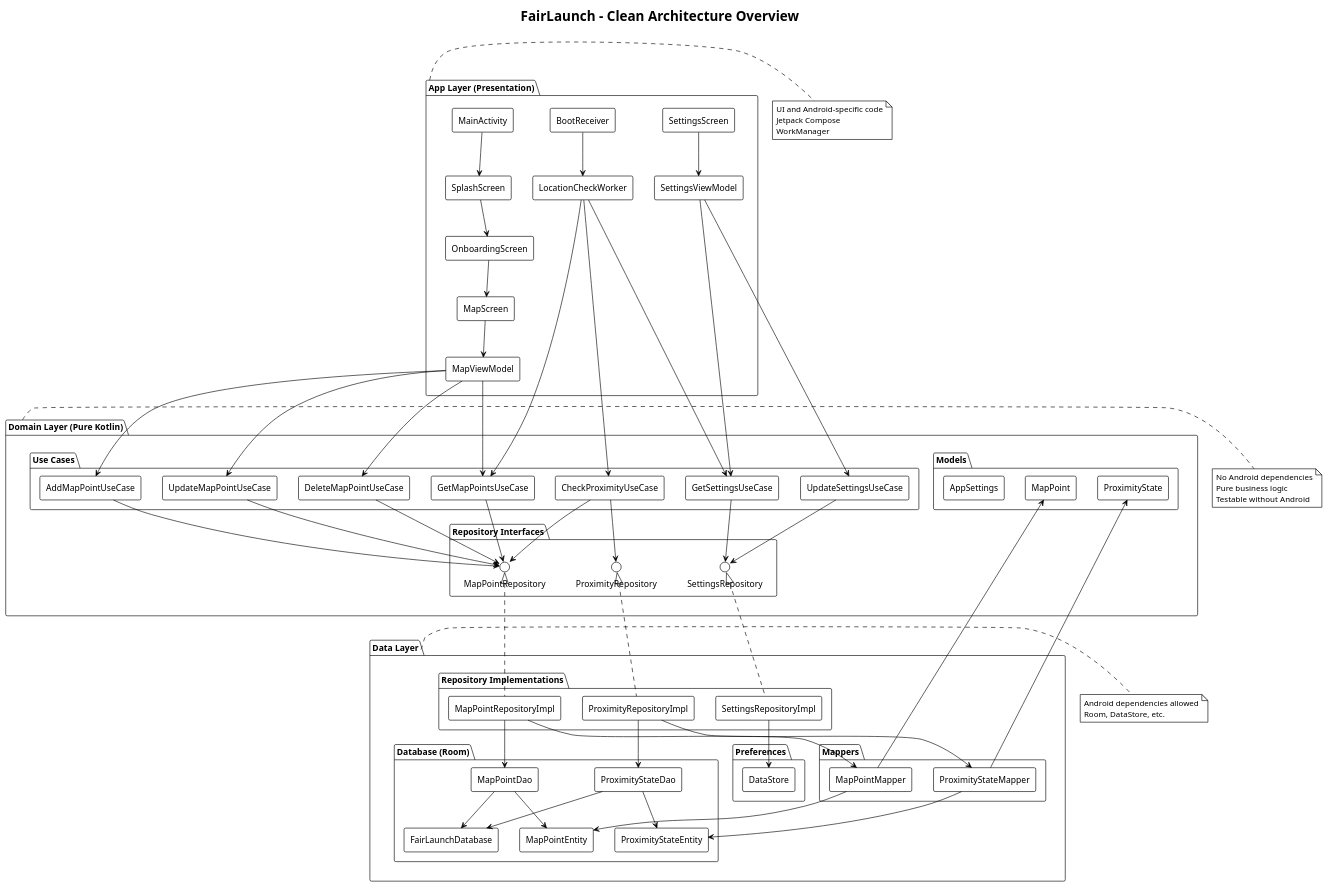
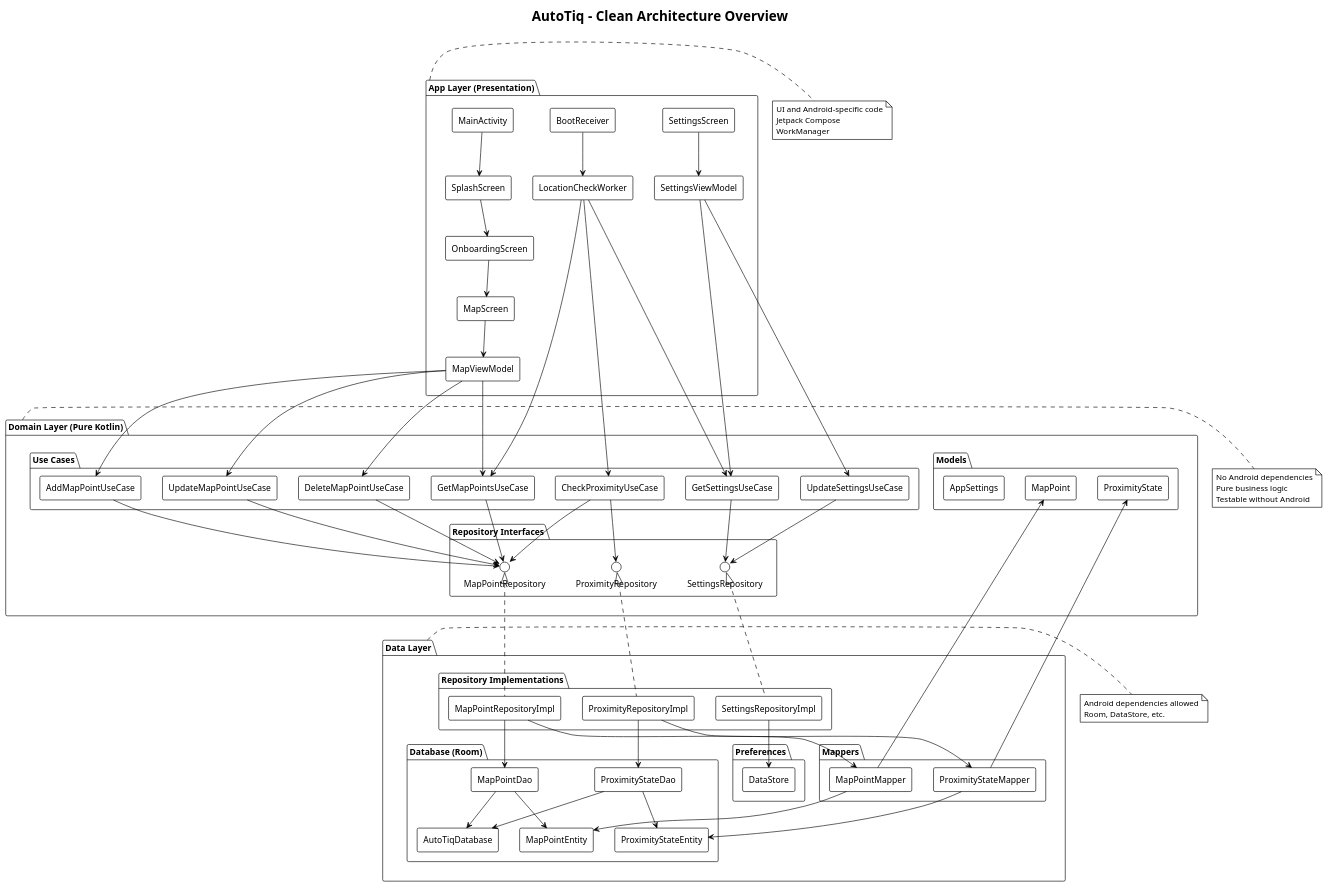
The diagram in docs/architecture-overview.puml (harzoglups/FairLaunch), drawn with PlantUML before and after one commit. The commit also changed 123 other files, not shown here.

First line of the commit message:
refactor: rename app from FairLaunch to AutoTiq with package com.cussou.autotiq

```diff
--- a/docs/architecture-overview.puml
+++ b/docs/architecture-overview.puml
@@ -1,142 +1,142 @@
-@startuml FairLaunch-Architecture-Overview
+@startuml AutoTiq-Architecture-Overview
 !theme plain
 skinparam backgroundColor #FFFFFF
 skinparam componentStyle rectangle
 
-title FairLaunch - Clean Architecture Overview
+title AutoTiq - Clean Architecture Overview
 
 package "App Layer (Presentation)" {
   [MainActivity]
   [SplashScreen]
   [OnboardingScreen]
   [MapScreen]
   [SettingsScreen]
   [MapViewModel]
   [SettingsViewModel]
   [LocationCheckWorker]
   [BootReceiver]
 }
 
 package "Domain Layer (Pure Kotlin)" {
   package "Use Cases" {
     [AddMapPointUseCase]
     [DeleteMapPointUseCase]
     [GetMapPointsUseCase]
     [UpdateMapPointUseCase]
     [CheckProximityUseCase]
     [GetSettingsUseCase]
     [UpdateSettingsUseCase]
   }
   
   package "Models" {
     [MapPoint]
     [ProximityState]
     [AppSettings]
   }
   
   package "Repository Interfaces" {
     interface MapPointRepository
     interface ProximityRepository
     interface SettingsRepository
   }
 }
 
 package "Data Layer" {
   package "Repository Implementations" {
     [MapPointRepositoryImpl]
     [ProximityRepositoryImpl]
     [SettingsRepositoryImpl]
   }
   
   package "Database (Room)" {
-    [FairLaunchDatabase]
+    [AutoTiqDatabase]
     [MapPointDao]
     [ProximityStateDao]
     [MapPointEntity]
     [ProximityStateEntity]
   }
   
   package "Preferences" {
     [DataStore]
   }
   
   package "Mappers" {
     [MapPointMapper]
     [ProximityStateMapper]
   }
 }
 
 ' Relationships
 [MainActivity] --> [SplashScreen]
 [SplashScreen] --> [OnboardingScreen]
 [OnboardingScreen] --> [MapScreen]
 [MapScreen] --> [MapViewModel]
 [SettingsScreen] --> [SettingsViewModel]
 
 [MapViewModel] --> [GetMapPointsUseCase]
 [MapViewModel] --> [AddMapPointUseCase]
 [MapViewModel] --> [UpdateMapPointUseCase]
 [MapViewModel] --> [DeleteMapPointUseCase]
 
 [SettingsViewModel] --> [GetSettingsUseCase]
 [SettingsViewModel] --> [UpdateSettingsUseCase]
 
 [LocationCheckWorker] --> [GetMapPointsUseCase]
 [LocationCheckWorker] --> [CheckProximityUseCase]
 [LocationCheckWorker] --> [GetSettingsUseCase]
 
 [BootReceiver] --> [LocationCheckWorker]
 
 [GetMapPointsUseCase] --> MapPointRepository
 [AddMapPointUseCase] --> MapPointRepository
 [UpdateMapPointUseCase] --> MapPointRepository
 [DeleteMapPointUseCase] --> MapPointRepository
 
 [CheckProximityUseCase] --> MapPointRepository
 [CheckProximityUseCase] --> ProximityRepository
 
 [GetSettingsUseCase] --> SettingsRepository
 [UpdateSettingsUseCase] --> SettingsRepository
 
 MapPointRepository <|.. [MapPointRepositoryImpl]
 ProximityRepository <|.. [ProximityRepositoryImpl]
 SettingsRepository <|.. [SettingsRepositoryImpl]
 
 [MapPointRepositoryImpl] --> [MapPointDao]
 [MapPointRepositoryImpl] --> [MapPointMapper]
 
 [ProximityRepositoryImpl] --> [ProximityStateDao]
 [ProximityRepositoryImpl] --> [ProximityStateMapper]
 
 [SettingsRepositoryImpl] --> [DataStore]
 
-[MapPointDao] --> [FairLaunchDatabase]
-[ProximityStateDao] --> [FairLaunchDatabase]
+[MapPointDao] --> [AutoTiqDatabase]
+[ProximityStateDao] --> [AutoTiqDatabase]
 
 [MapPointDao] --> [MapPointEntity]
 [ProximityStateDao] --> [ProximityStateEntity]
 
 [MapPointMapper] --> [MapPoint]
 [MapPointMapper] --> [MapPointEntity]
 
 [ProximityStateMapper] --> [ProximityState]
 [ProximityStateMapper] --> [ProximityStateEntity]
 
 note right of "Domain Layer (Pure Kotlin)"
   No Android dependencies
   Pure business logic
   Testable without Android
 end note
 
 note right of "Data Layer"
   Android dependencies allowed
   Room, DataStore, etc.
 end note
 
 note right of "App Layer (Presentation)"
   UI and Android-specific code
   Jetpack Compose
   WorkManager
 end note
 
 @enduml
```
